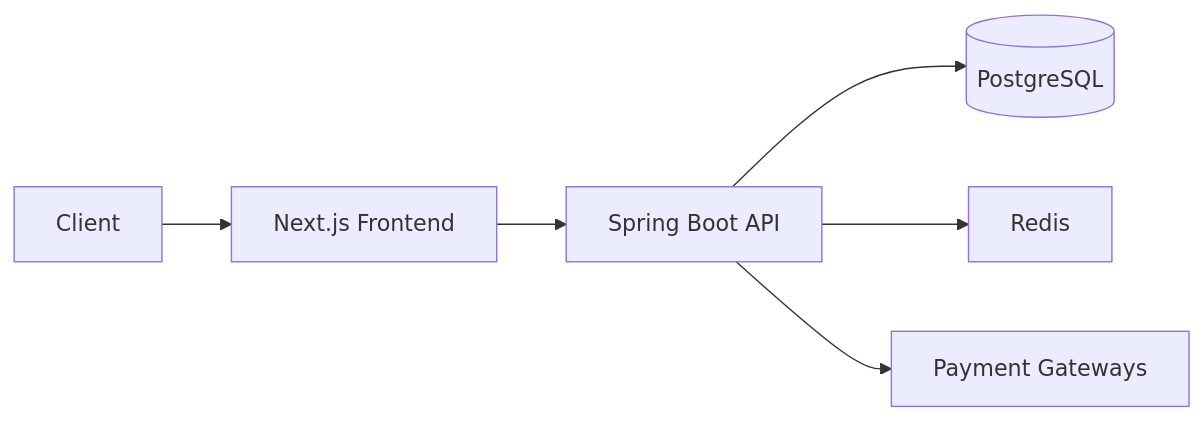
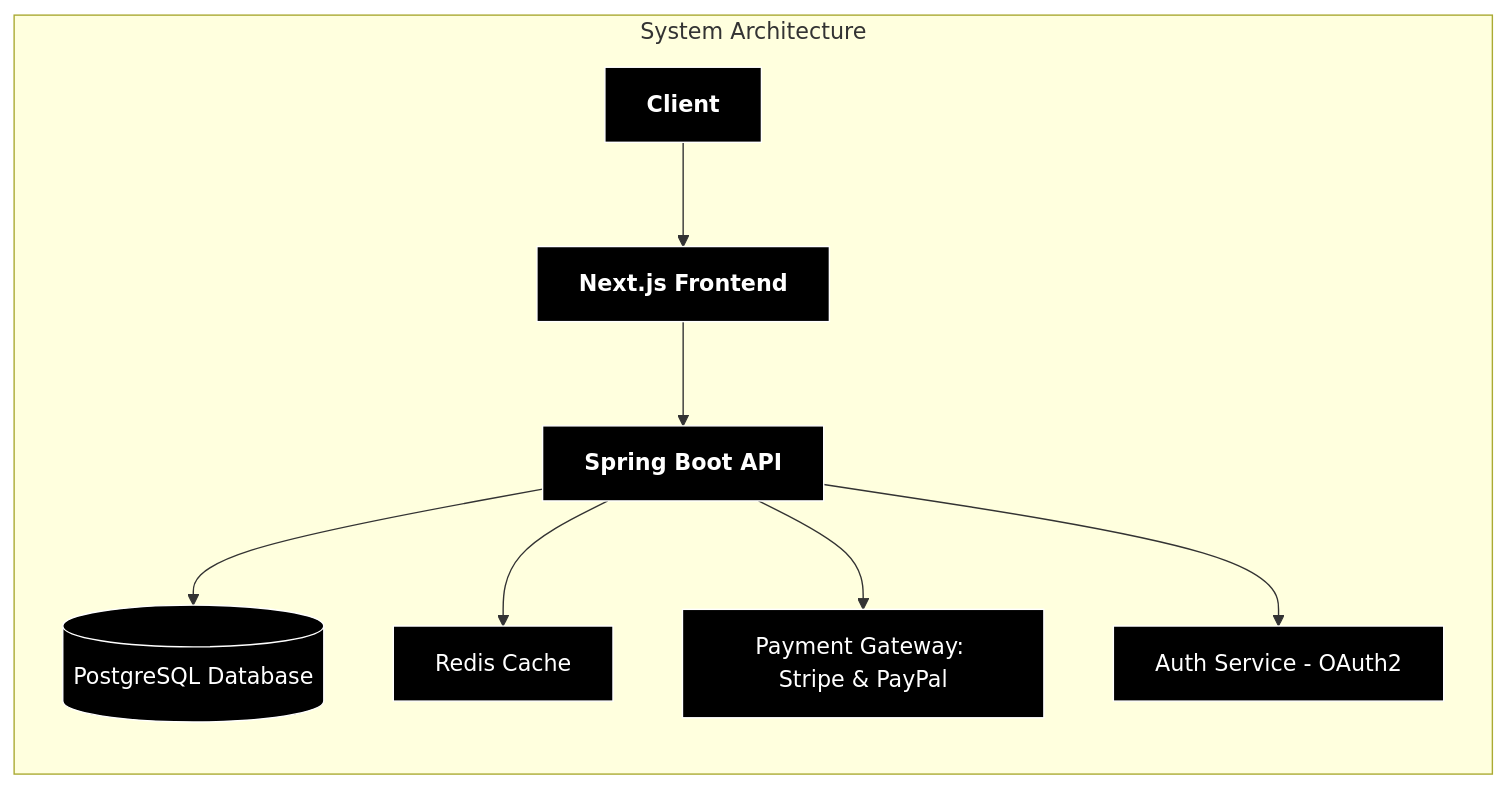
One commit to aharoJ/barbershop changed the first of 2 diagrams in README.md. Above: the diagram before and after it, drawn with Mermaid. The commit also changed other lines of this file and 2 other files, not shown here.

````diff
--- a/README.md
+++ b/README.md
@@ -28,8 +47,18 @@
 ```mermaid
 graph LR
-  A[Client] --> B[Next.js Frontend]
-  B --> C[Spring Boot API]
-  C --> D[(PostgreSQL)]
-  C --> E[Redis]
-  C --> F[Payment Gateways]
+  subgraph "System Architecture"
+    A[Client] --> B[Next.js Frontend]
+    B --> C[Spring Boot API]
+    C --> D[(PostgreSQL Database)]
+    C --> E[Redis Cache]
+    C --> F[Payment Gateway: Stripe & PayPal]
+    C --> G[Auth Service - OAuth2]
+  end
+
+  %% Dark Mode Styling
+  classDef primary fill:black,stroke:white,color:white,font-weight:bold;
+  classDef secondary fill:black,stroke:white,color:white;
+
+  class A,B,C primary;
+  class D,E,F,G secondary;
 ```
````
